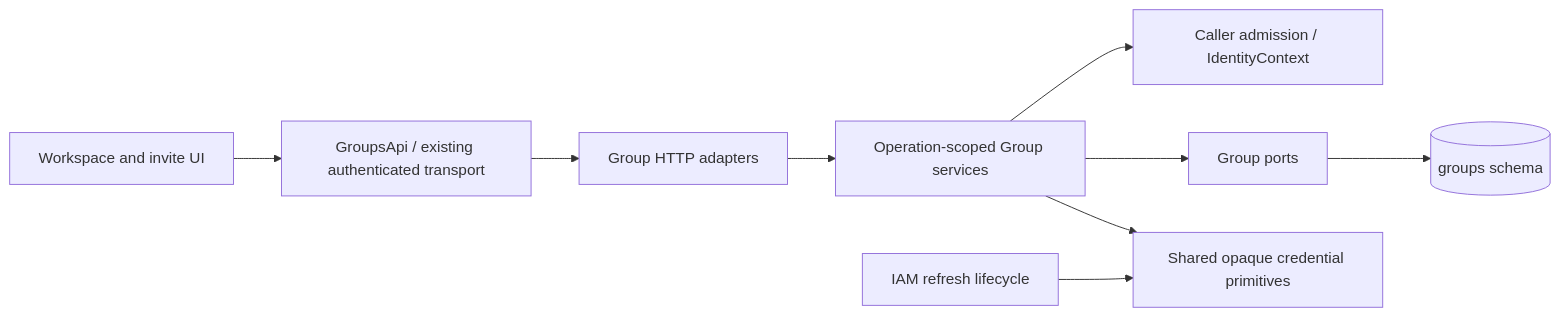
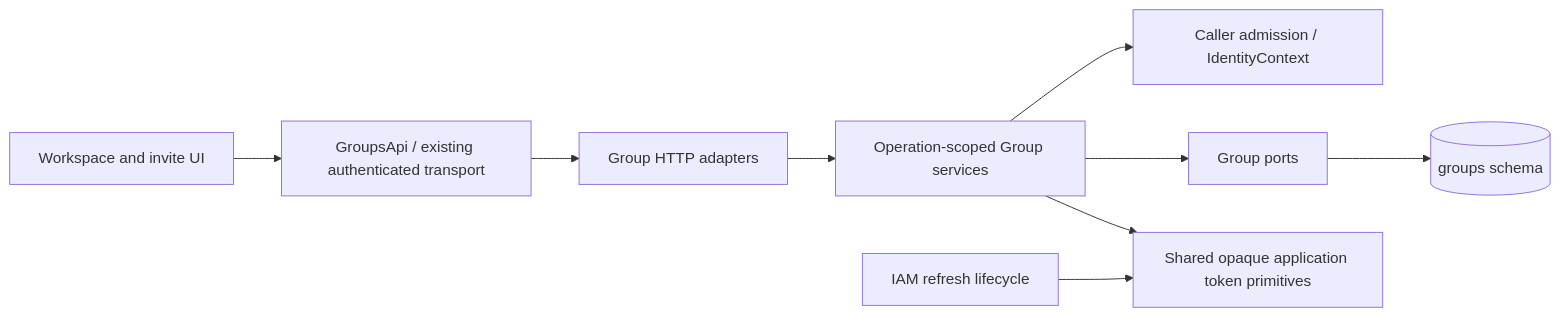
One commit to frederik-hoeft/min-favs-sharewise changed the diagram in docs/internal/tasks/p2.2bc-group-workspace/specification.md. Above: the diagram before and after it, drawn with Mermaid. The commit also changed other lines of this file and 2 other files, not shown here.

````diff
--- a/docs/internal/tasks/p2.2bc-group-workspace/specification.md
+++ b/docs/internal/tasks/p2.2bc-group-workspace/specification.md
@@ -30,11 +30,11 @@
 ```mermaid
 flowchart LR
     UI[Workspace and invite UI] --> API[GroupsApi / existing authenticated transport]
     API --> HTTP[Group HTTP adapters]
     HTTP --> S[Operation-scoped Group services]
     S --> A[Caller admission / IdentityContext]
     S --> P[Group ports]
     P --> DB[(groups schema)]
-    S --> C[Shared opaque credential primitives]
+    S --> C[Shared opaque application token primitives]
     IAM[IAM refresh lifecycle] --> C
 ```
````
